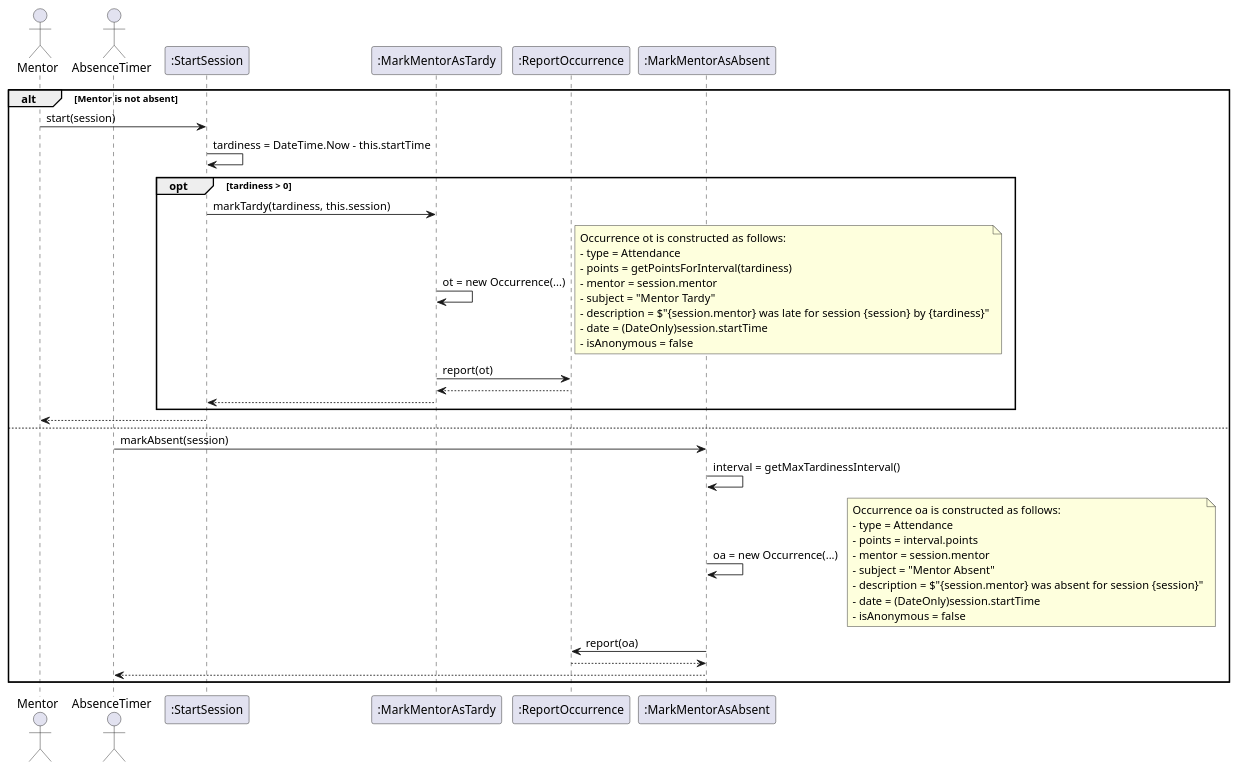
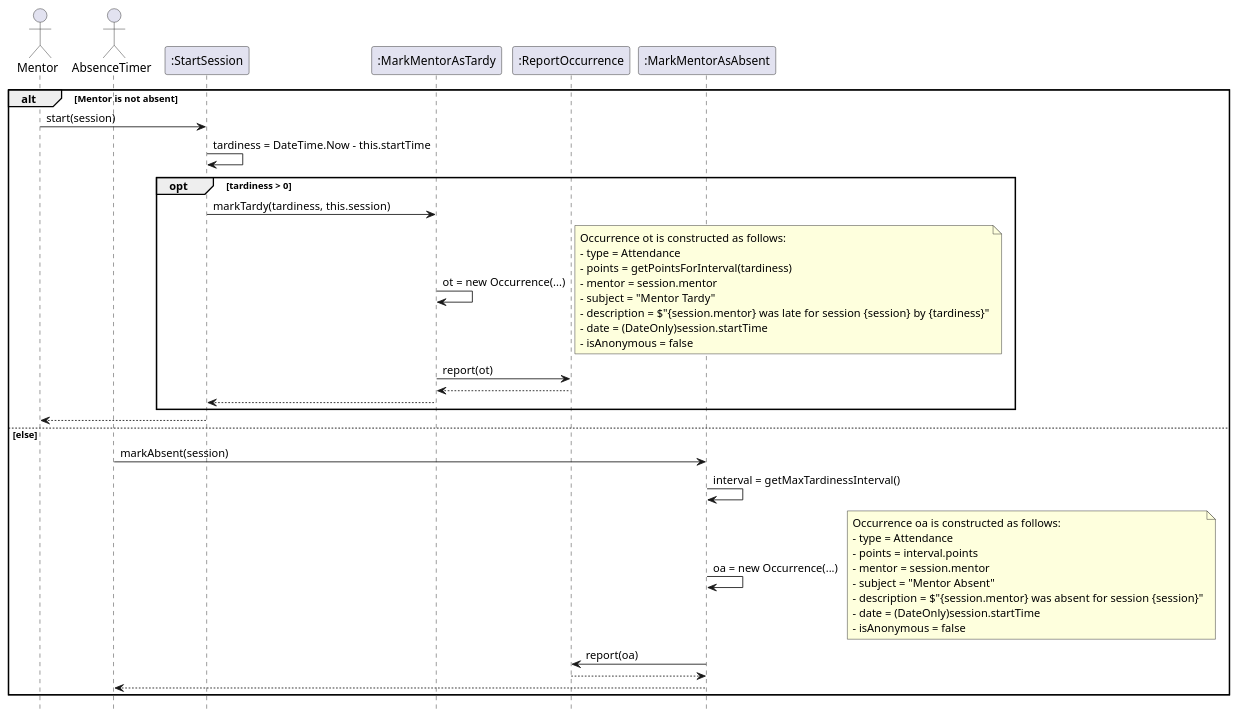
One commit to bmb0136/COMP-3700-Project changed the diagram in Analysis/StartSessionSequence.iuml. Above: the diagram before and after it, drawn with PlantUML. The commit also changed 2 other files, not shown here.

```diff
--- a/Analysis/StartSessionSequence.iuml
+++ b/Analysis/StartSessionSequence.iuml
@@ -1,48 +1,49 @@
 @startuml StartSession Sequence
+hide footbox
 actor Mentor
 actor AbsenceTimer
 participant ":StartSession" as start
 participant ":MarkMentorAsTardy" as tardy
 participant ":ReportOccurrence" as report
 participant ":MarkMentorAsAbsent" as absent
 
 alt Mentor is not absent
   Mentor -> start: start(session)
   start -> start: tardiness = DateTime.Now - this.startTime
   opt tardiness > 0
     start -> tardy: markTardy(tardiness, this.session)
     tardy -> tardy: ot = new Occurrence(...)
     note right
     Occurrence ot is constructed as follows:
     - type = Attendance
     - points = getPointsForInterval(tardiness)
     - mentor = session.mentor
     - subject = "Mentor Tardy"
     - description = $"{session.mentor} was late for session {session} by {tardiness}"
     - date = (DateOnly)session.startTime
     - isAnonymous = false
     end note
     tardy -> report: report(ot)
     report --> tardy
     tardy --> start
   end
   start --> Mentor
-else
+else else
   AbsenceTimer -> absent: markAbsent(session)
   absent -> absent: interval = getMaxTardinessInterval()
   absent -> absent: oa = new Occurrence(...)
   note right
   Occurrence oa is constructed as follows:
   - type = Attendance
   - points = interval.points
   - mentor = session.mentor
   - subject = "Mentor Absent"
   - description = $"{session.mentor} was absent for session {session}"
   - date = (DateOnly)session.startTime
   - isAnonymous = false
   end note
   absent -> report: report(oa)
   report --> absent
   absent --> AbsenceTimer
 end
 @enduml
```
